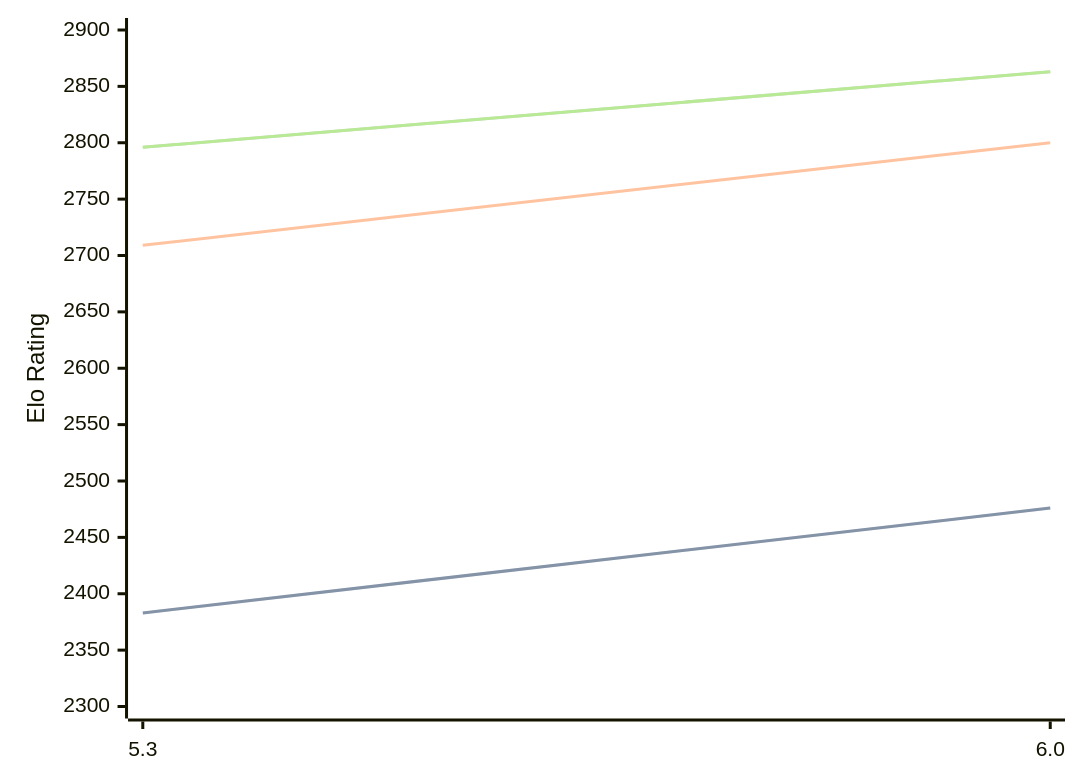
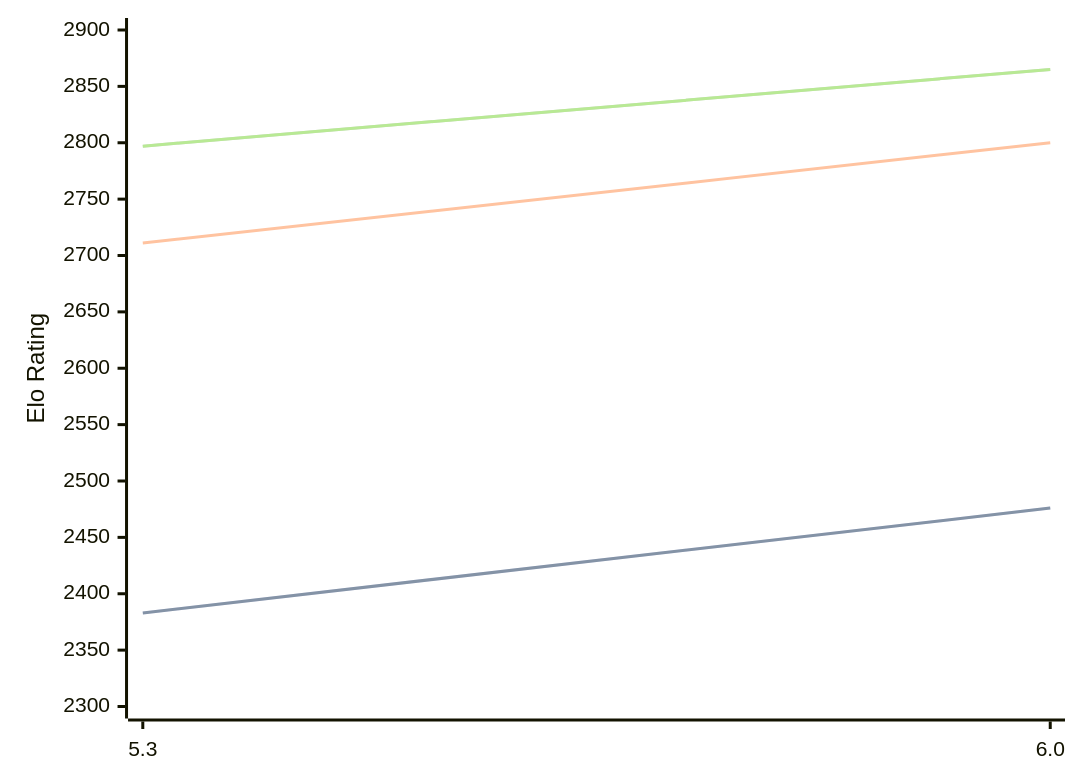
The diagram in engines/tomitankChess.md (computer-chess-index/cci), drawn with Mermaid before and after one commit. The commit also changed other lines of this file, not shown here.

Commit message:
Update CCI Ratings (ELO VLTC) - 2026-05-21

````diff
--- a/engines/tomitankChess.md
+++ b/engines/tomitankChess.md
@@ -40,11 +40,11 @@
 ```mermaid
 %%{init: {"theme":"base","themeVariables":{"seriesColors:['#a3a3a3','#222221','#faa371']}}}%%
 xychart-beta
   x-axis ["5.3", "6.0"]
   y-axis "Elo Rating" 2300 --> 2900
   line "STC (8.0+0.08s)" [2383, 2476]
   line "STC (8.0+0.08s)" [2383, 2476]
-  line "LTC (60.0+0.60s)" [2709, 2800]
-  line "VLTC (2m24s+1.12s)" [2796, 2863]
-  line "VLTC (2m24s+1.12s)" [2796, 2863]
+  line "LTC (60.0+0.60s)" [2711, 2800]
+  line "VLTC (2m24s+1.12s)" [2797, 2865]
+  line "VLTC (2m24s+1.12s)" [2797, 2865]
 ```
````
